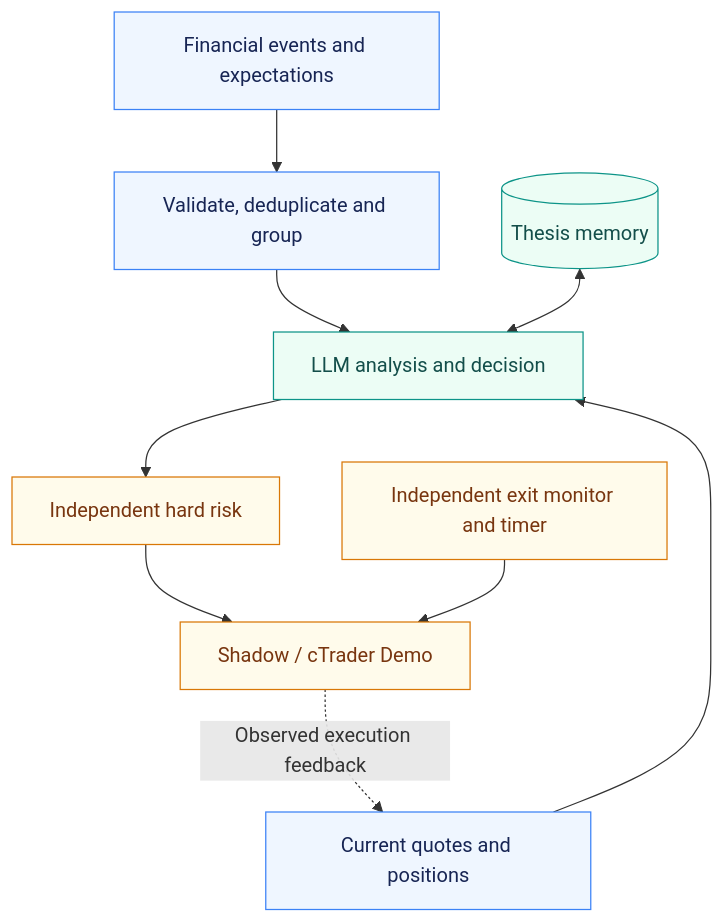
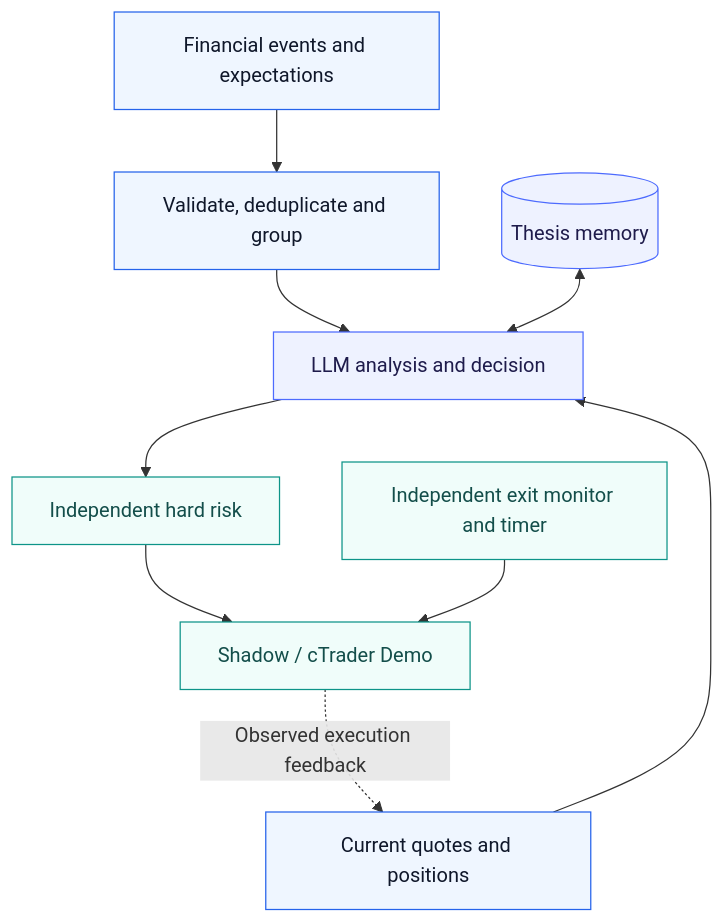
The diagram in README.md (lohis-aimbot/eventlens), drawn with Mermaid before and after one commit. The commit also changed other lines of this file and 1 other file, not shown here.

````diff
--- a/README.md
+++ b/README.md
@@ -47,18 +62,18 @@
 ```mermaid
 flowchart TD
     Events["Financial events and expectations"] --> Filter["Validate, deduplicate and group"]
     Filter --> Agent["LLM analysis and decision"]
     Memory[("Thesis memory")] <--> Agent
     Context["Current quotes and positions"] --> Agent
     Agent --> Risk["Independent hard risk"]
     Risk --> Execute["Shadow / cTrader Demo"]
     Exit["Independent exit monitor and timer"] --> Execute
     Execute -. "Observed execution feedback" .-> Context
 
-    classDef input fill:#eff6ff,stroke:#3b82f6,color:#172554;
-    classDef reasoning fill:#ecfdf5,stroke:#0d9488,color:#134e4a;
-    classDef control fill:#fffbeb,stroke:#d97706,color:#78350f;
+    classDef input fill:#EFF6FF,stroke:#2563EB,color:#0F172A;
+    classDef reasoning fill:#EEF2FF,stroke:#4D6BFE,color:#1E1B4B;
+    classDef control fill:#F0FDFA,stroke:#0D9488,color:#134E4A;
     class Events,Filter,Context input;
     class Agent,Memory reasoning;
     class Risk,Exit,Execute control;
 ```
````
